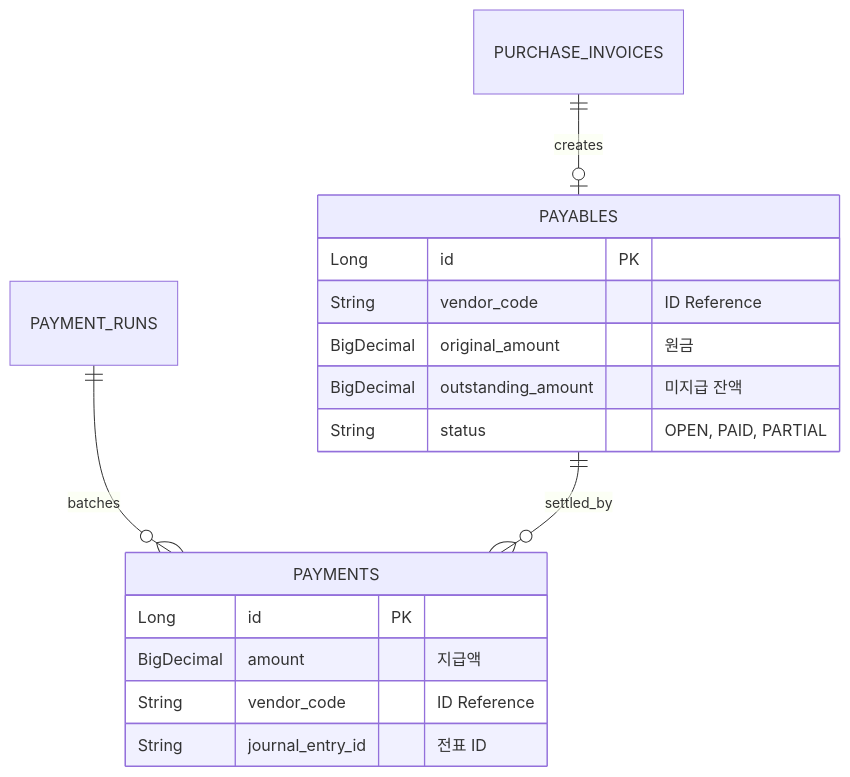
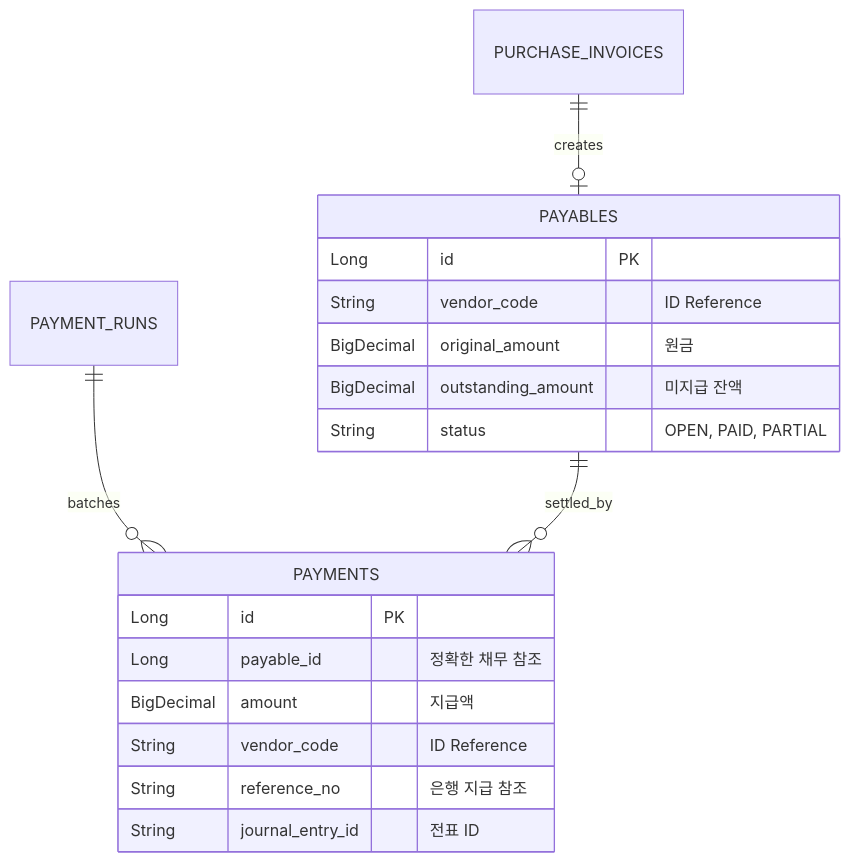
Before and after one commit to skyg547/account: the third of 3 diagrams in payable/README.md, drawn with Mermaid. The commit also changed other lines of this file and 193 other files, not shown here.

````diff
--- a/payable/README.md
+++ b/payable/README.md
@@ -52,21 +52,23 @@
 ```mermaid
 erDiagram
     PURCHASE_INVOICES ||--o| PAYABLES : "creates"
     PAYMENT_RUNS ||--o{ PAYMENTS : "batches"
     PAYABLES ||--o{ PAYMENTS : "settled_by"
 
     PAYABLES {
         Long id PK
         String vendor_code "ID Reference"
         BigDecimal original_amount "원금"
         BigDecimal outstanding_amount "미지급 잔액"
         String status "OPEN, PAID, PARTIAL"
     }
     
     PAYMENTS {
         Long id PK
+        Long payable_id "정확한 채무 참조"
         BigDecimal amount "지급액"
         String vendor_code "ID Reference"
+        String reference_no "은행 지급 참조"
         String journal_entry_id "전표 ID"
     }
 ```
````
